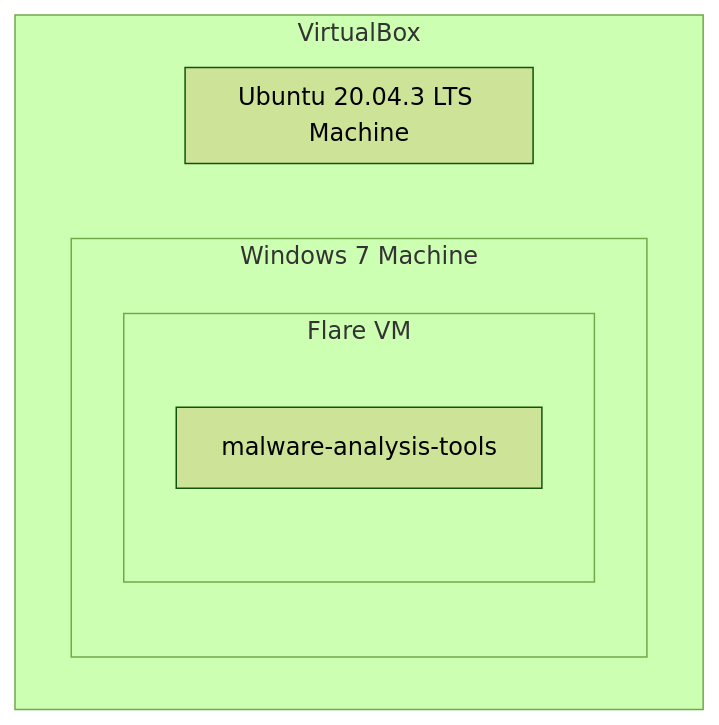
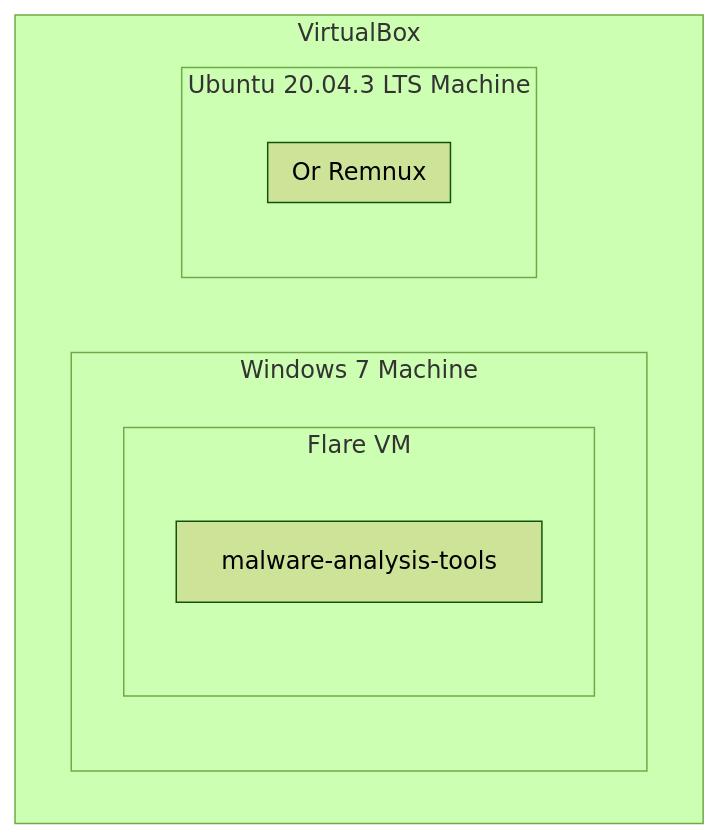
The first of 2 diagrams in _posts/2023-06-18-malware-analysis-lab.md (thelocalh0st/thelocalh0st.github.io), drawn with Mermaid (forest theme) before and after one commit.

````diff
--- a/_posts/2023-06-18-malware-analysis-lab.md
+++ b/_posts/2023-06-18-malware-analysis-lab.md
@@ -15,13 +15,15 @@
 ```mermaid
 graph TD
 
 subgraph VirtualBox
   subgraph "Windows 7 Machine"
     subgraph "Flare VM"
 	    malware-analysis-tools
     end
   end
   subgraph "Ubuntu 20.04.3 LTS Machine"
+      subgraph "Or Remnux"
+    end
   end
 end
 ```
````
